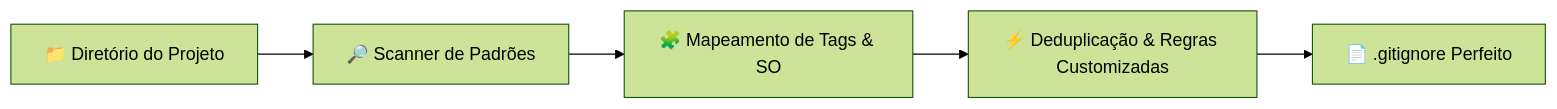
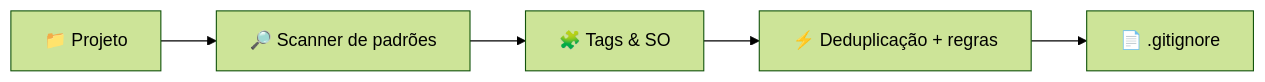
The diagram in README.md (juninmd/gign), drawn with Mermaid (forest theme) before and after one commit. The commit also changed other lines of this file, not shown here.

````diff
--- a/README.md
+++ b/README.md
@@ -113,7 +102,7 @@
 ```mermaid
 flowchart LR
-    A["📁 Diretório do Projeto"] --> B["🔎 Scanner de Padrões"]
-    B --> C["🧩 Mapeamento de Tags & SO"]
-    C --> D["⚡ Deduplicação & Regras Customizadas"]
-    D --> E["📄 .gitignore Perfeito"]
+    A["📁 Projeto"] --> B["🔎 Scanner de padrões"]
+    B --> C["🧩 Tags & SO"]
+    C --> D["⚡ Deduplicação + regras"]
+    D --> E["📄 .gitignore"]
 ```
````
